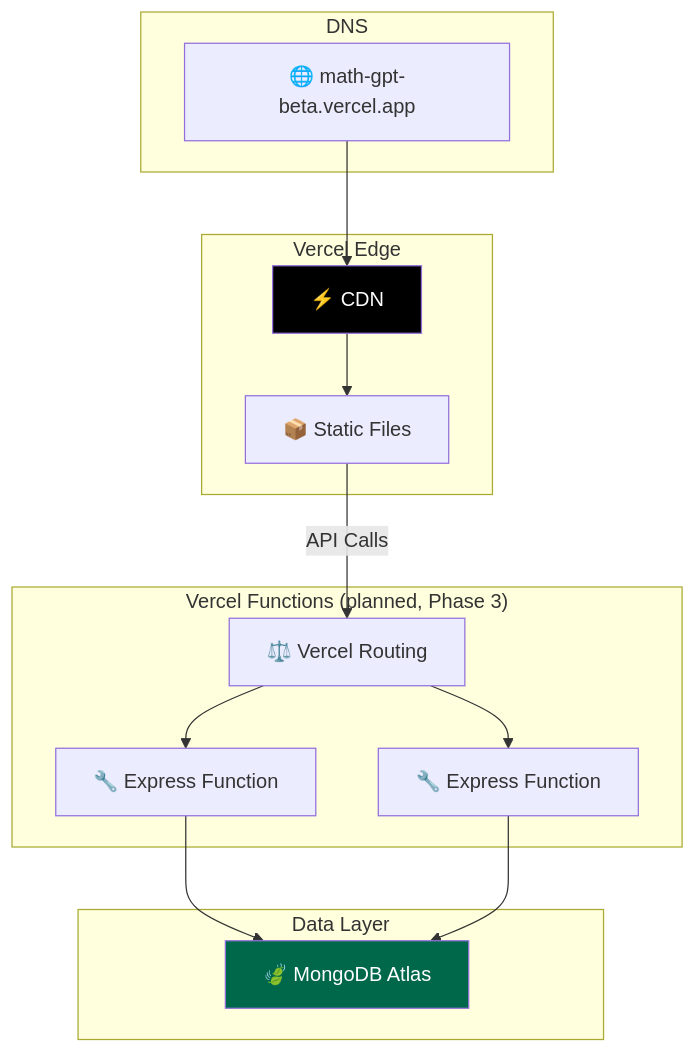
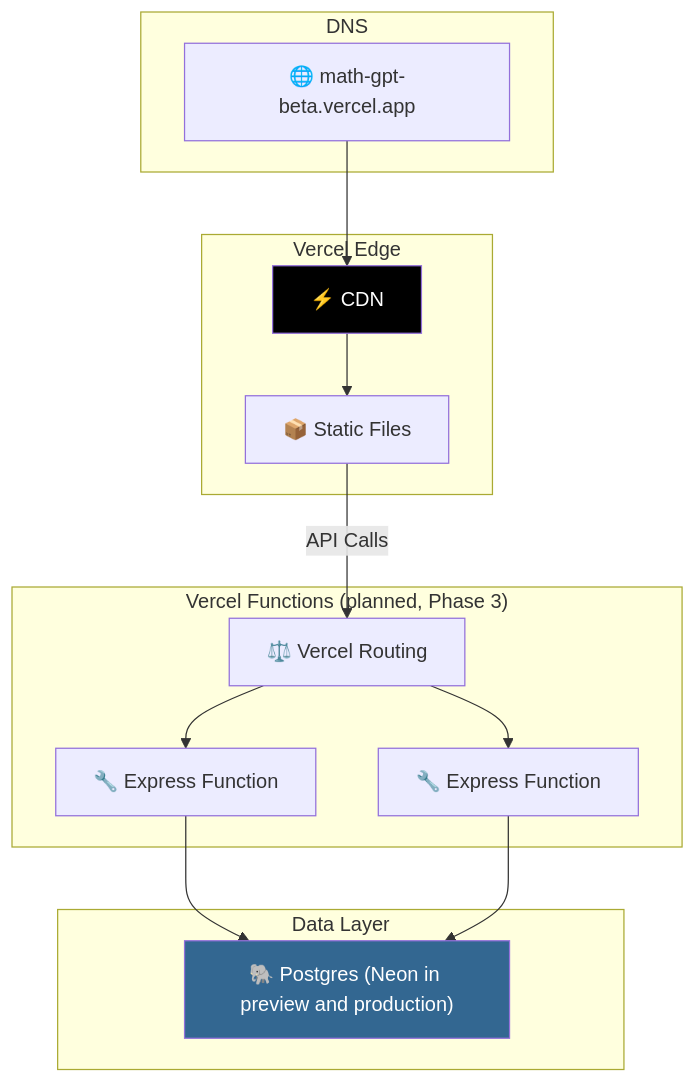
Before and after one commit to AbhishekBalija/MathGPT: the eighth of 8 diagrams in docs/architecture.md, drawn with Mermaid. The commit also changed other lines of this file and 16 other files, not shown here.

````diff
--- a/docs/architecture.md
+++ b/docs/architecture.md
@@ -409,32 +409,32 @@
 ```mermaid
 graph TB
     subgraph "DNS"
         DOMAIN["🌐 math-gpt-beta.vercel.app"]
     end
 
     subgraph "Vercel Edge"
         CDN["⚡ CDN"]
         SSR["📦 Static Files"]
     end
 
     subgraph "Vercel Functions (planned, Phase 3)"
         LB["⚖️ Vercel Routing"]
         APP1["🔧 Express Function"]
         APP2["🔧 Express Function"]
     end
 
     subgraph "Data Layer"
-        ATLAS["🍃 MongoDB Atlas"]
+        POSTGRES_DB["🐘 Postgres (Neon in preview and production)"]
     end
 
     DOMAIN --> CDN
     CDN --> SSR
     SSR -->|API Calls| LB
     LB --> APP1
     LB --> APP2
-    APP1 --> ATLAS
-    APP2 --> ATLAS
+    APP1 --> POSTGRES_DB
+    APP2 --> POSTGRES_DB
 
     style CDN fill:#000,color:#fff
-    style ATLAS fill:#00684a,color:#fff
+    style POSTGRES_DB fill:#336791,color:#fff
 ```
````
